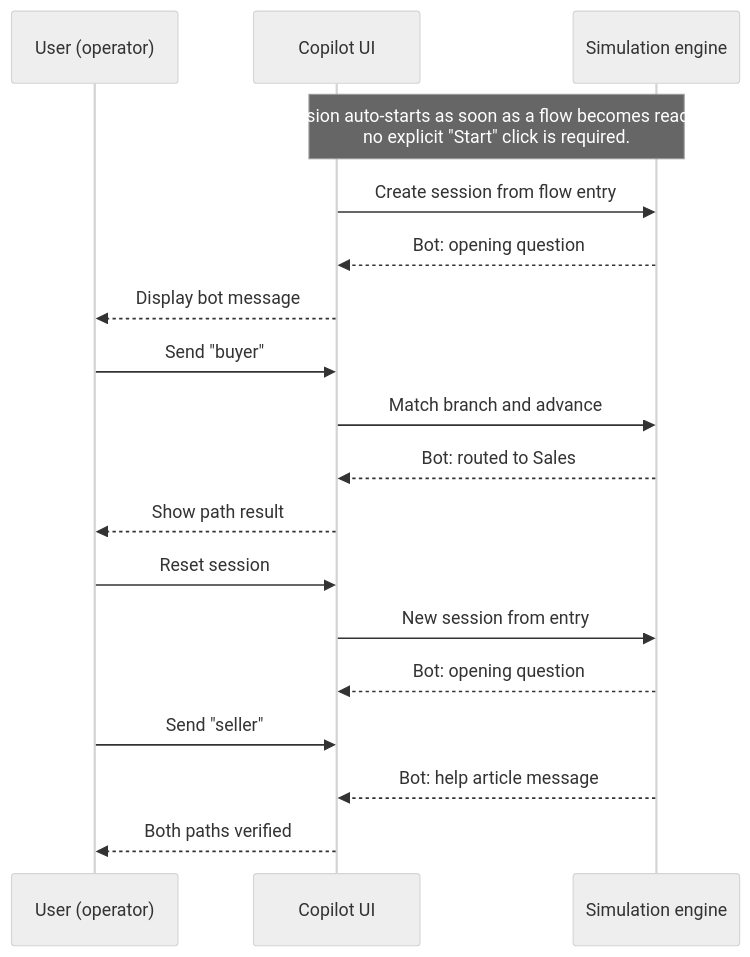
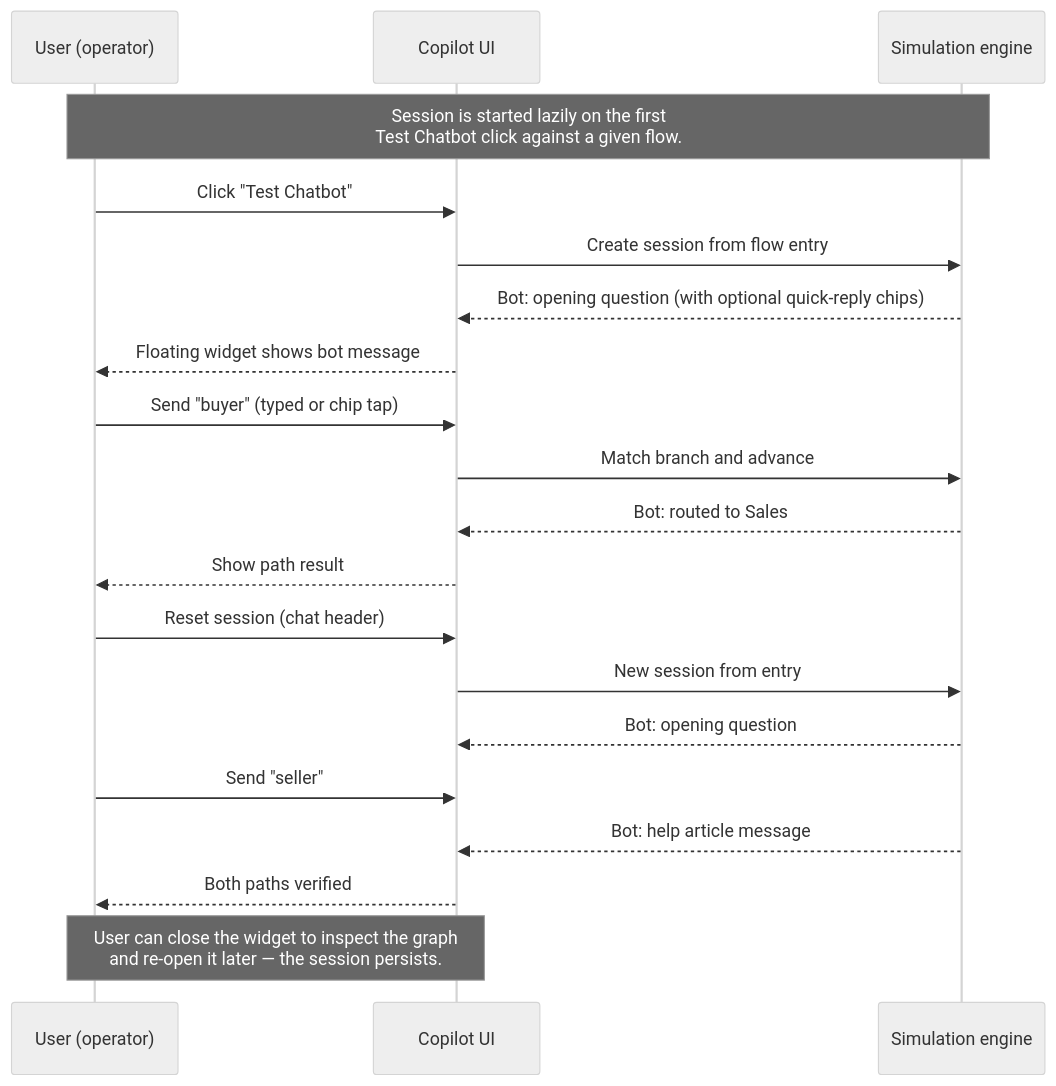
Before and after one commit to mikeyangyun/Wati-Automation-Copilot: the third of 4 diagrams in PRODUCT.md, drawn with Mermaid (neutral theme). The commit also changed other lines of this file and 6 other files, not shown here.

Commit message:
feat: update DEMO.md and PRODUCT.md to clarify UI structure and user journey, enhance README.md with detailed descriptions of the two-panel layout and floating chat widget, and improve documentation consistency across agile team roles and responsibilities

````diff
--- a/PRODUCT.md
+++ b/PRODUCT.md
@@ -151,23 +153,26 @@
 ```mermaid
 sequenceDiagram
     participant U as User (operator)
     participant C as Copilot UI
     participant S as Simulation engine
 
-    Note over C,S: Session auto-starts as soon as a flow becomes ready —<br/>no explicit "Start" click is required.
+    Note over U,S: Session is started lazily on the first<br/>Test Chatbot click against a given flow.
+    U->>C: Click "Test Chatbot"
     C->>S: Create session from flow entry
-    S-->>C: Bot: opening question
-    C-->>U: Display bot message
+    S-->>C: Bot: opening question (with optional quick-reply chips)
+    C-->>U: Floating widget shows bot message
 
-    U->>C: Send "buyer"
+    U->>C: Send "buyer" (typed or chip tap)
     C->>S: Match branch and advance
     S-->>C: Bot: routed to Sales
     C-->>U: Show path result
 
-    U->>C: Reset session
+    U->>C: Reset session (chat header)
     C->>S: New session from entry
     S-->>C: Bot: opening question
     U->>C: Send "seller"
     S-->>C: Bot: help article message
     C-->>U: Both paths verified
+
+    Note over U,C: User can close the widget to inspect the graph<br/>and re-open it later — the session persists.
 ```
````
